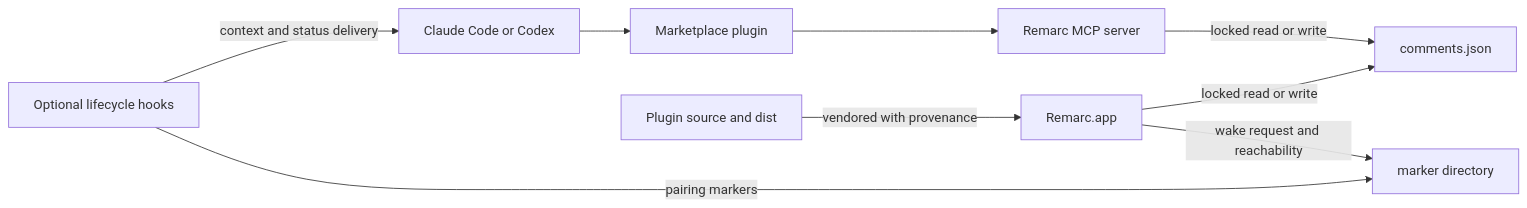
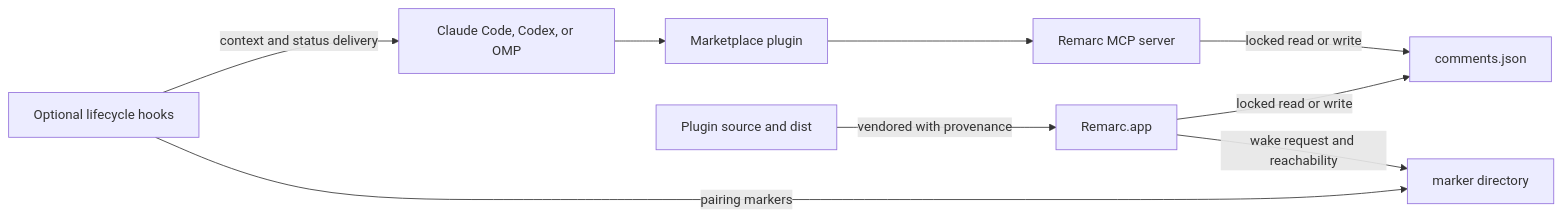
The diagram in docs/architecture.md (metedata/remarc-agent-plugins), drawn with Mermaid before and after one commit. The commit also changed other lines of this file and 31 other files, not shown here.

````diff
--- a/docs/architecture.md
+++ b/docs/architecture.md
@@ -7,11 +7,11 @@
 ```mermaid
 flowchart LR
-    A["Claude Code or Codex"] --> P["Marketplace plugin"]
+    A["Claude Code, Codex, or OMP"] --> P["Marketplace plugin"]
     P --> M["Remarc MCP server"]
     M -->|"locked read or write"| D["comments.json"]
     R["Remarc.app"] -->|"locked read or write"| D
     H["Optional lifecycle hooks"] -->|"context and status delivery"| A
     H -->|"pairing markers"| K["marker directory"]
     R -->|"wake request and reachability"| K
     S["Plugin source and dist"] -->|"vendored with provenance"| R
 ```
````
